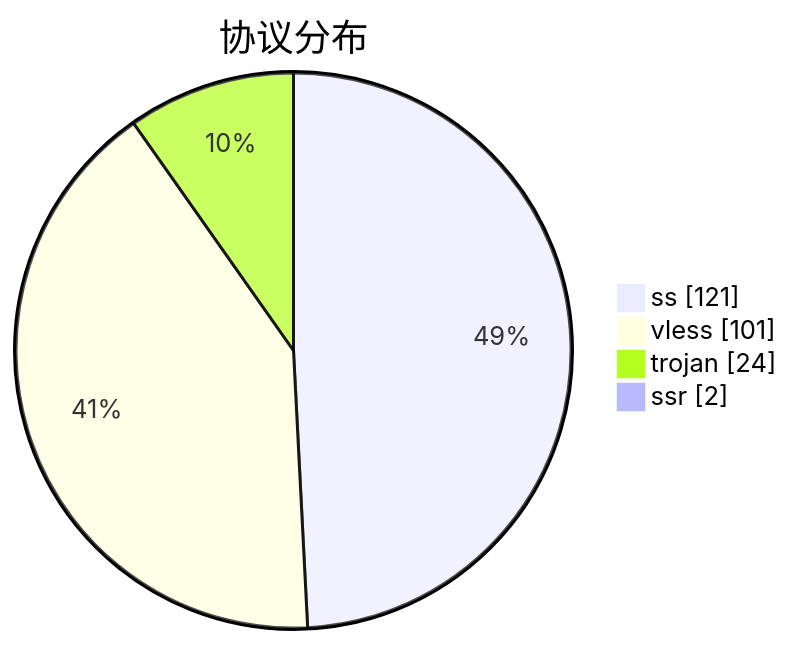
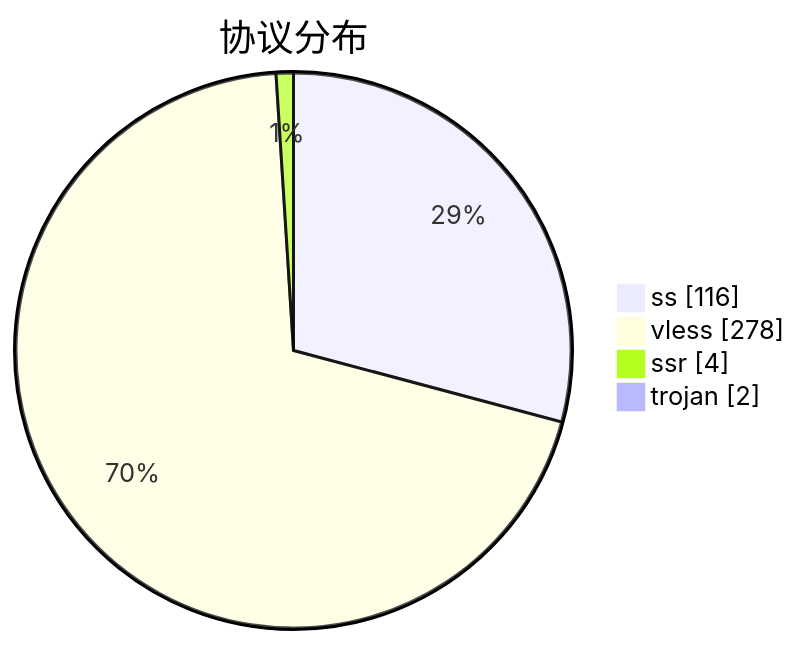
The third of 3 diagrams in subs/statistics/tested_within.md (qjlxg/airport), drawn with Mermaid before and after one commit. The commit also changed other lines of this file and 2 other files, not shown here.

````diff
--- a/subs/statistics/tested_within.md
+++ b/subs/statistics/tested_within.md
@@ -30,8 +33,8 @@
 ```mermaid
 pie showData
 title 协议分布
-"ss" : 121
-"vless" : 101
-"trojan" : 24
-"ssr" : 2
+"ss" : 116
+"vless" : 278
+"ssr" : 4
+"trojan" : 2
 ```
````
